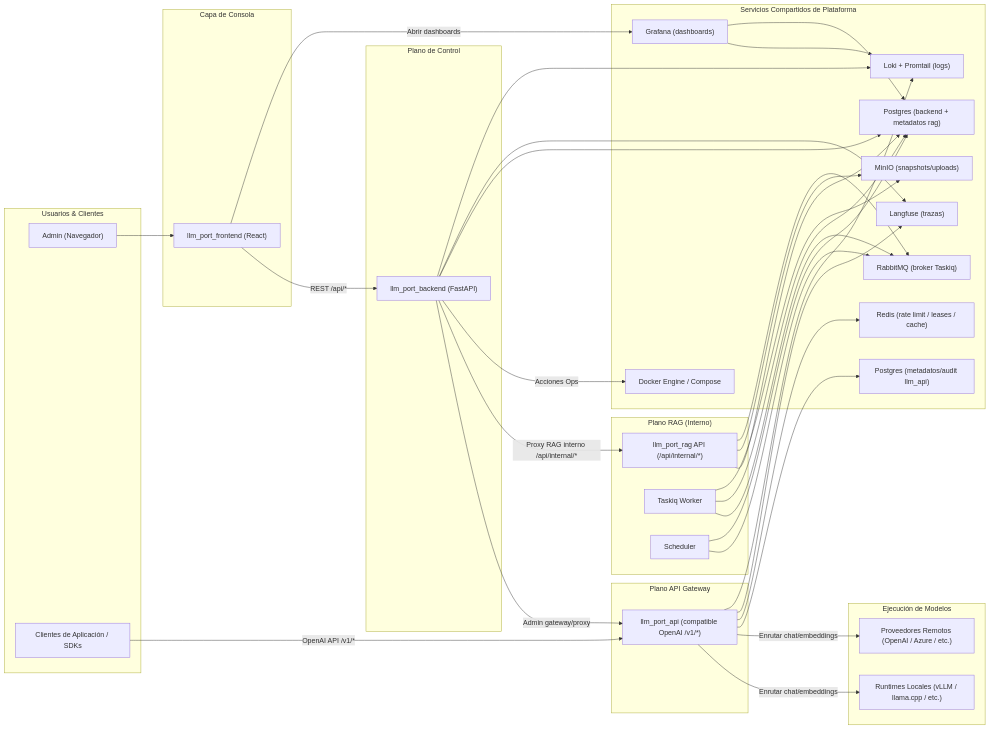
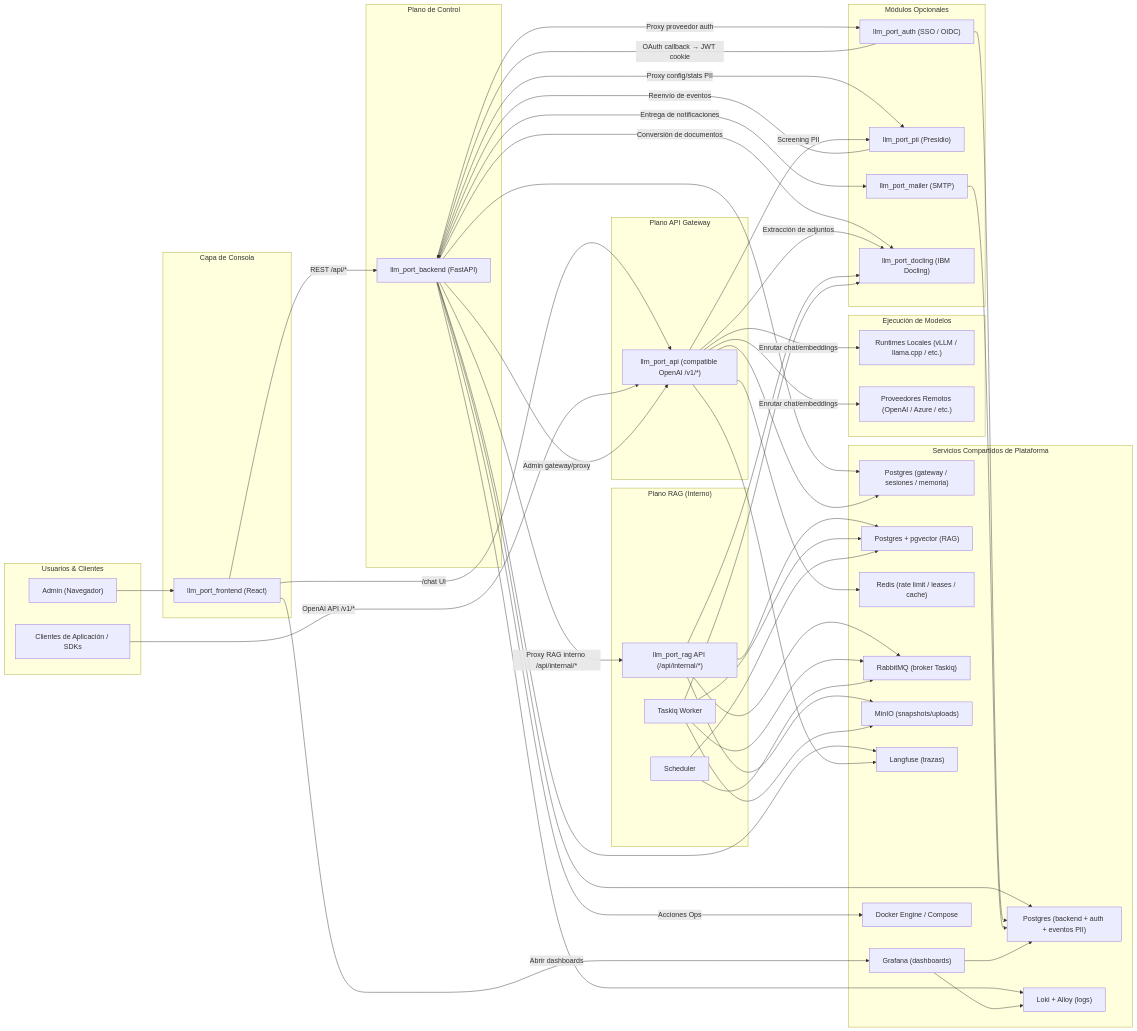
One commit to llm-port/llm-port.github.io changed the diagram in i18n/es/docusaurus-plugin-content-docs/current/architecture.md. Above: the diagram before and after it, drawn with Mermaid. The commit also changed other lines of this file and 46 other files, not shown here.

```diff
--- a/i18n/es/docusaurus-plugin-content-docs/current/architecture.md
+++ b/i18n/es/docusaurus-plugin-content-docs/current/architecture.md
@@ -27,6 +27,13 @@
         API["llm_port_api (compatible OpenAI /v1/*)"]
     end
 
+    subgraph Modules["Módulos Opcionales"]
+        AUTH["llm_port_auth (SSO / OIDC)"]
+        PII["llm_port_pii (Presidio)"]
+        MAILER["llm_port_mailer (SMTP)"]
+        DOCLING["llm_port_docling (IBM Docling)"]
+    end
+
     subgraph RAG["Plano RAG (Interno)"]
         RAGAPI["llm_port_rag API (/api/internal/*)"]
         RAGW["Taskiq Worker"]
@@ -39,43 +46,59 @@
     end
 
     subgraph Shared["Servicios Compartidos de Plataforma"]
-        PGMAIN["Postgres (backend + metadatos rag)"]
-        PGAPI["Postgres (metadatos/audit llm_api)"]
+        PGMAIN["Postgres (backend + auth + eventos PII)"]
+        PGAPI["Postgres (gateway / sesiones / memoria)"]
+        PGRAG["Postgres + pgvector (RAG)"]
         REDIS["Redis (rate limit / leases / cache)"]
         RMQ["RabbitMQ (broker Taskiq)"]
         MINIO["MinIO (snapshots/uploads)"]
         LANGFUSE["Langfuse (trazas)"]
-        LOKI["Loki + Promtail (logs)"]
+        LOKI["Loki + Alloy (logs)"]
         GRAF["Grafana (dashboards)"]
         DOCKER["Docker Engine / Compose"]
     end
 
     U1 --> FE
     FE -->|REST /api/*| BE
+    FE -->|/chat UI| API
     U2 -->|OpenAI API /v1/*| API
 
     BE -->|Admin gateway/proxy| API
     BE -->|Proxy RAG interno /api/internal/*| RAGAPI
+    BE -->|Proxy proveedor auth| AUTH
+    BE -->|Proxy config/stats PII| PII
+    BE -->|Entrega de notificaciones| MAILER
+    BE -->|Conversión de documentos| DOCLING
     BE -->|Acciones Ops| DOCKER
     BE --> PGMAIN
+    BE --> PGAPI
     BE --> LANGFUSE
     BE --> LOKI
 
     API -->|Enrutar chat/embeddings| LOCAL
     API -->|Enrutar chat/embeddings| REMOTE
+    API -->|Screening PII| PII
+    API -->|Extracción de adjuntos| DOCLING
     API --> PGAPI
     API --> REDIS
     API --> LANGFUSE
-    API --> LOKI
 
-    RAGAPI --> PGMAIN
+    AUTH -->|OAuth callback → JWT cookie| BE
+    AUTH --> PGMAIN
+
+    PII -->|Reenvío de eventos| BE
+    MAILER --> PGMAIN
+
+    RAGAPI --> PGRAG
     RAGAPI --> MINIO
+    RAGAPI --> DOCLING
     RAGAPI --> RMQ
     RAGW --> RMQ
-    RAGW --> PGMAIN
+    RAGW --> PGRAG
     RAGW --> MINIO
+    RAGW --> DOCLING
     RAGS --> RMQ
-    RAGS --> PGMAIN
+    RAGS --> PGRAG
 
     GRAF --> LOKI
     GRAF --> PGMAIN
```
